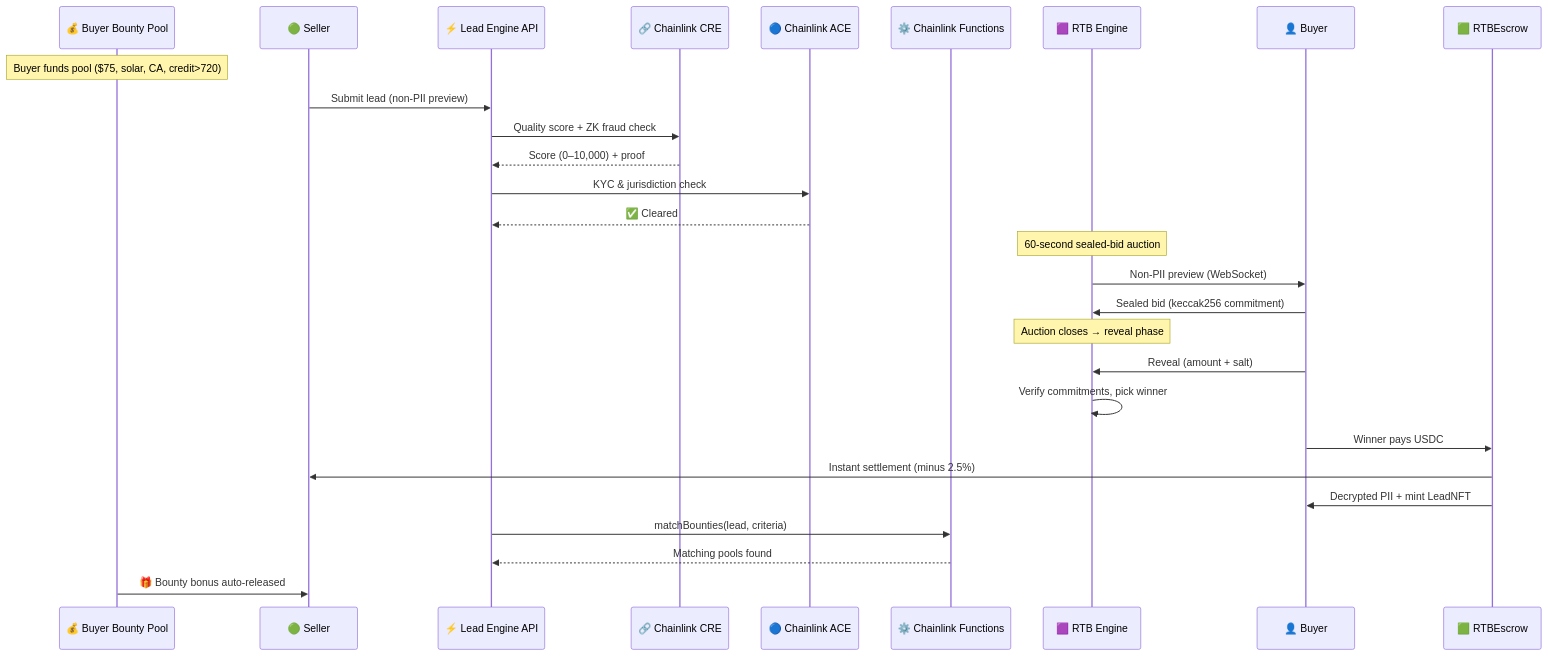
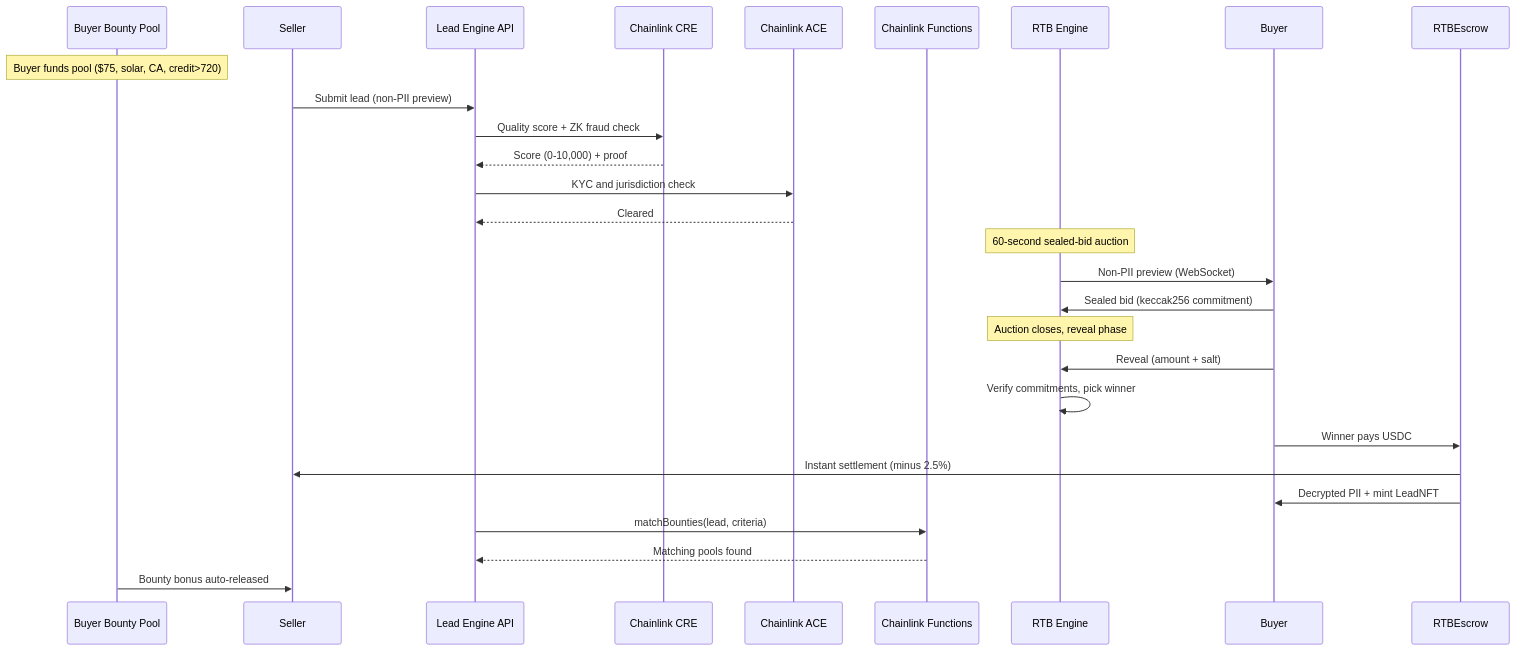
One commit to bnmbnmai/lead-engine-cre changed the diagram in README.md. Above: the diagram before and after it, drawn with Mermaid. The commit also changed other lines of this file, not shown here.

````diff
--- a/README.md
+++ b/README.md
@@ -70,38 +74,38 @@
 ```mermaid
 sequenceDiagram
-    participant BP as 💰 Buyer Bounty Pool
-    participant S as 🟢 Seller
-    participant API as ⚡ Lead Engine API
-    participant CRE as 🔗 Chainlink CRE
-    participant ACE as 🔵 Chainlink ACE
-    participant FN as ⚙️ Chainlink Functions
-    participant RTB as 🟪 RTB Engine
-    participant B as 👤 Buyer
-    participant X as 🟩 RTBEscrow
+    participant BP as Buyer Bounty Pool
+    participant S as Seller
+    participant API as Lead Engine API
+    participant CRE as Chainlink CRE
+    participant ACE as Chainlink ACE
+    participant FN as Chainlink Functions
+    participant RTB as RTB Engine
+    participant B as Buyer
+    participant X as RTBEscrow
 
     Note over BP: Buyer funds pool ($75, solar, CA, credit>720)
 
     S->>API: Submit lead (non-PII preview)
     API->>CRE: Quality score + ZK fraud check
-    CRE-->>API: Score (0–10,000) + proof
-    API->>ACE: KYC & jurisdiction check
-    ACE-->>API: ✅ Cleared
+    CRE-->>API: Score (0-10,000) + proof
+    API->>ACE: KYC and jurisdiction check
+    ACE-->>API: Cleared
 
     Note over RTB: 60-second sealed-bid auction
 
     RTB->>B: Non-PII preview (WebSocket)
     B->>RTB: Sealed bid (keccak256 commitment)
 
-    Note over RTB: Auction closes → reveal phase
+    Note over RTB: Auction closes, reveal phase
 
     B->>RTB: Reveal (amount + salt)
     RTB->>RTB: Verify commitments, pick winner
 
     B->>X: Winner pays USDC
     X->>S: Instant settlement (minus 2.5%)
     X->>B: Decrypted PII + mint LeadNFT
 
     API->>FN: matchBounties(lead, criteria)
     FN-->>API: Matching pools found
-    BP->>S: 🎁 Bounty bonus auto-released
+    BP->>S: Bounty bonus auto-released
 ```
````
